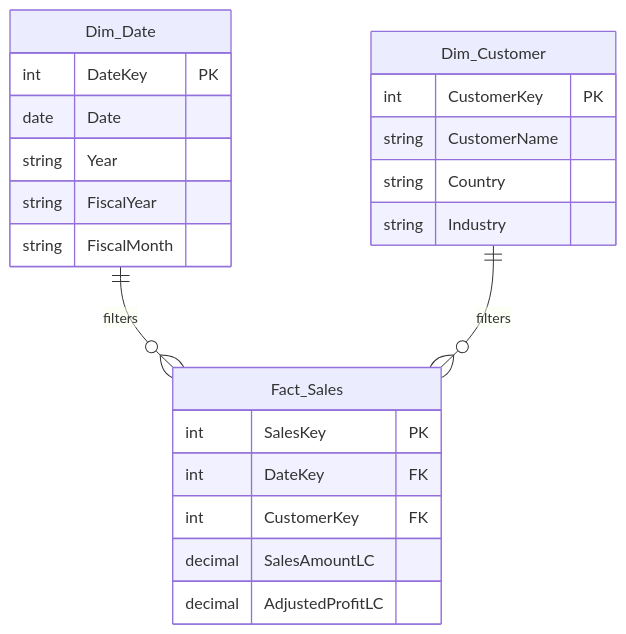
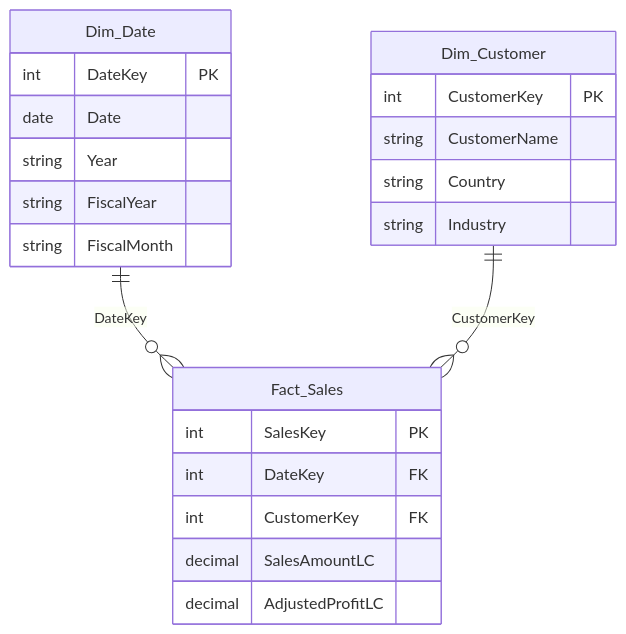
One commit to natalinio/agentic-powerbi-squad changed the diagram in .github/skills/02-logical-model.md. Above: the diagram before and after it, drawn with Mermaid. The commit also changed other lines of this file and 5 other files, not shown here.

````diff
--- a/.github/skills/02-logical-model.md
+++ b/.github/skills/02-logical-model.md
@@ -100,25 +126,25 @@
 ```mermaid
 erDiagram
     Dim_Date {
         int DateKey PK
         date Date
         string Year
         string FiscalYear
         string FiscalMonth
     }
     Dim_Customer {
         int CustomerKey PK
         string CustomerName
         string Country
         string Industry
     }
     Fact_Sales {
         int SalesKey PK
         int DateKey FK
         int CustomerKey FK
         decimal SalesAmountLC
         decimal AdjustedProfitLC
     }
-    Dim_Date ||--o{ Fact_Sales : "filters"
-    Dim_Customer ||--o{ Fact_Sales : "filters"
+    Dim_Date ||--o{ Fact_Sales : DateKey
+    Dim_Customer ||--o{ Fact_Sales : CustomerKey
 ```
````
